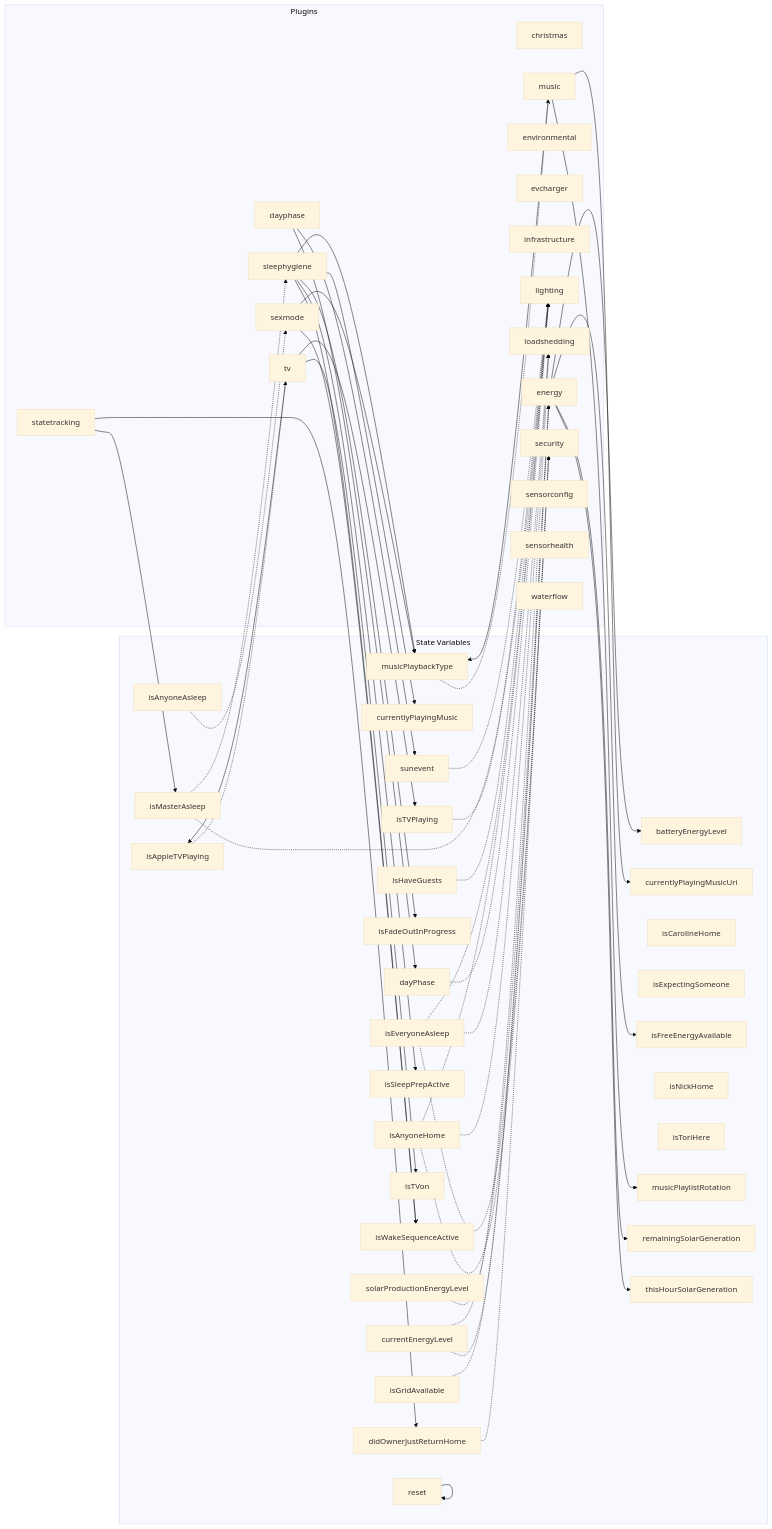
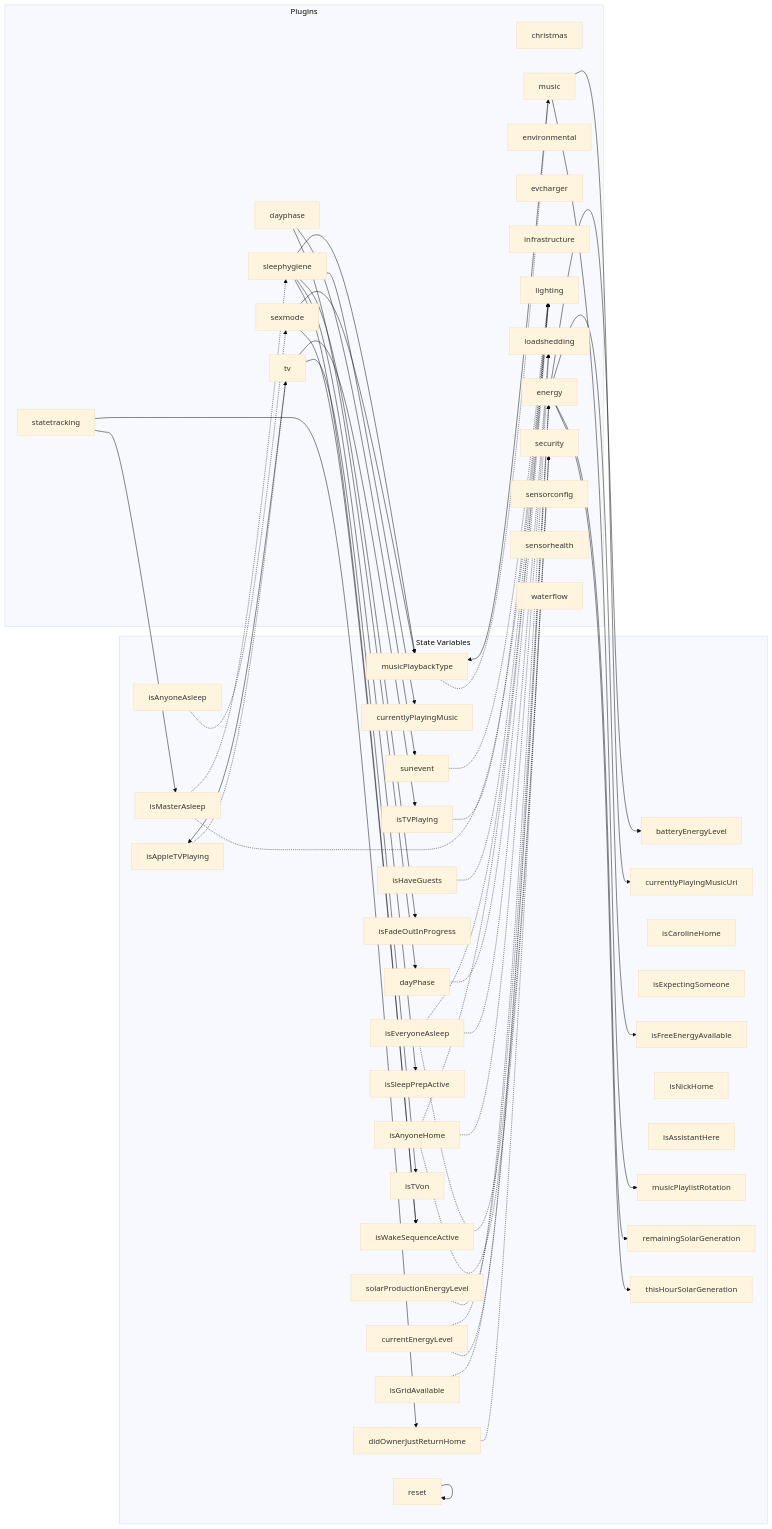
The diagram in docs/generated/plugin-dependencies.md (NickBorgers/home-automation), drawn with Mermaid (base theme) before and after one commit. The commit also changed 31 other files, not shown here.

```diff
--- a/docs/generated/plugin-dependencies.md
+++ b/docs/generated/plugin-dependencies.md
@@ -26,7 +26,7 @@
         isSleepPrepActive["isSleepPrepActive"]
         isTVPlaying["isTVPlaying"]
         isTVon["isTVon"]
-        isToriHere["isToriHere"]
+        isAssistantHere["isAssistantHere"]
         isWakeSequenceActive["isWakeSequenceActive"]
         musicPlaybackType["musicPlaybackType"]
         musicPlaylistRotation["musicPlaylistRotation"]
```
